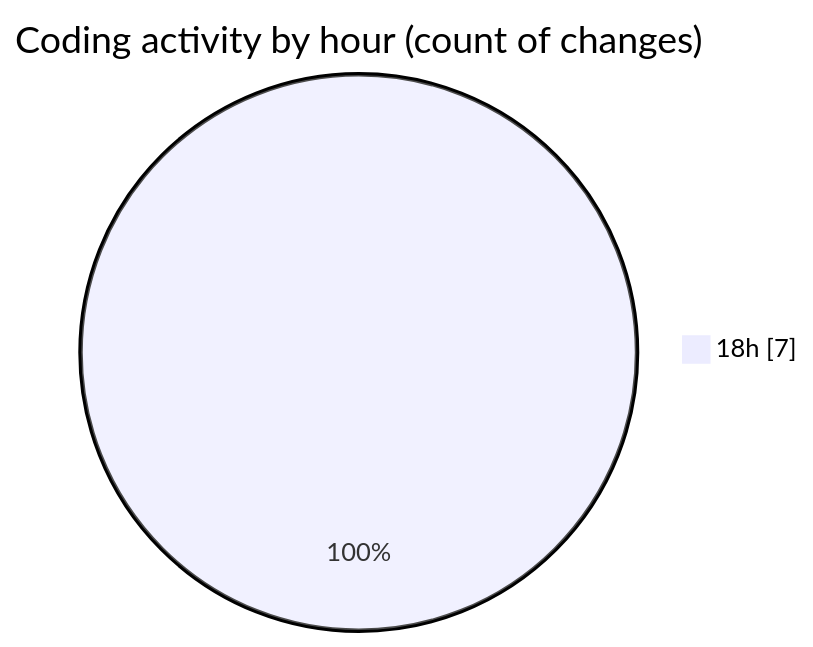
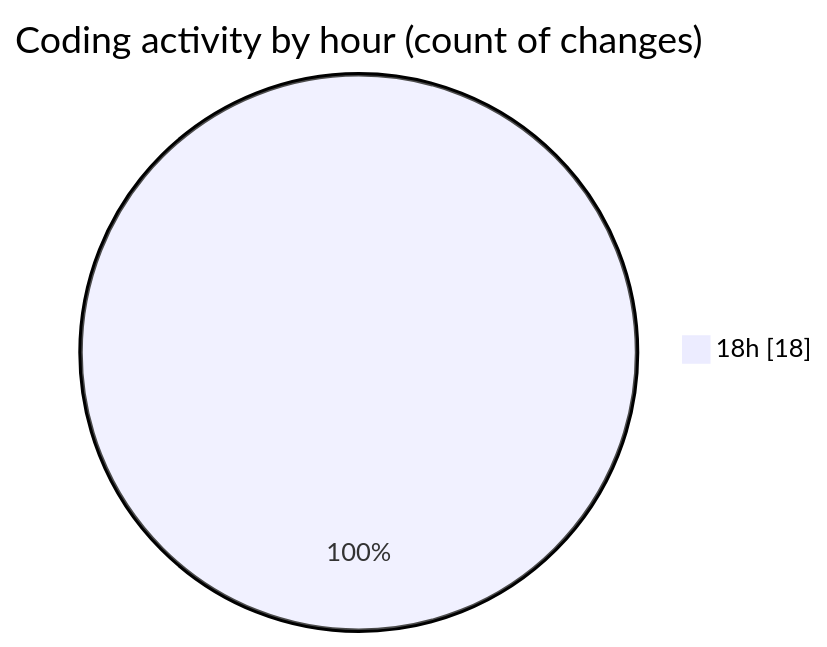
Before and after one commit to Netris89/code-tracking: the second of 2 diagrams in 2025-04-29/back-end/README.md, drawn with Mermaid. The commit also changed other lines of this file and 1 other file, not shown here.

````diff
--- a/2025-04-29/back-end/README.md
+++ b/2025-04-29/back-end/README.md
@@ -28,5 +29,5 @@
 ```mermaid
 pie showData
 title Coding activity by hour (count of changes)
-"18h" : 7
+"18h" : 18
 ```
````
